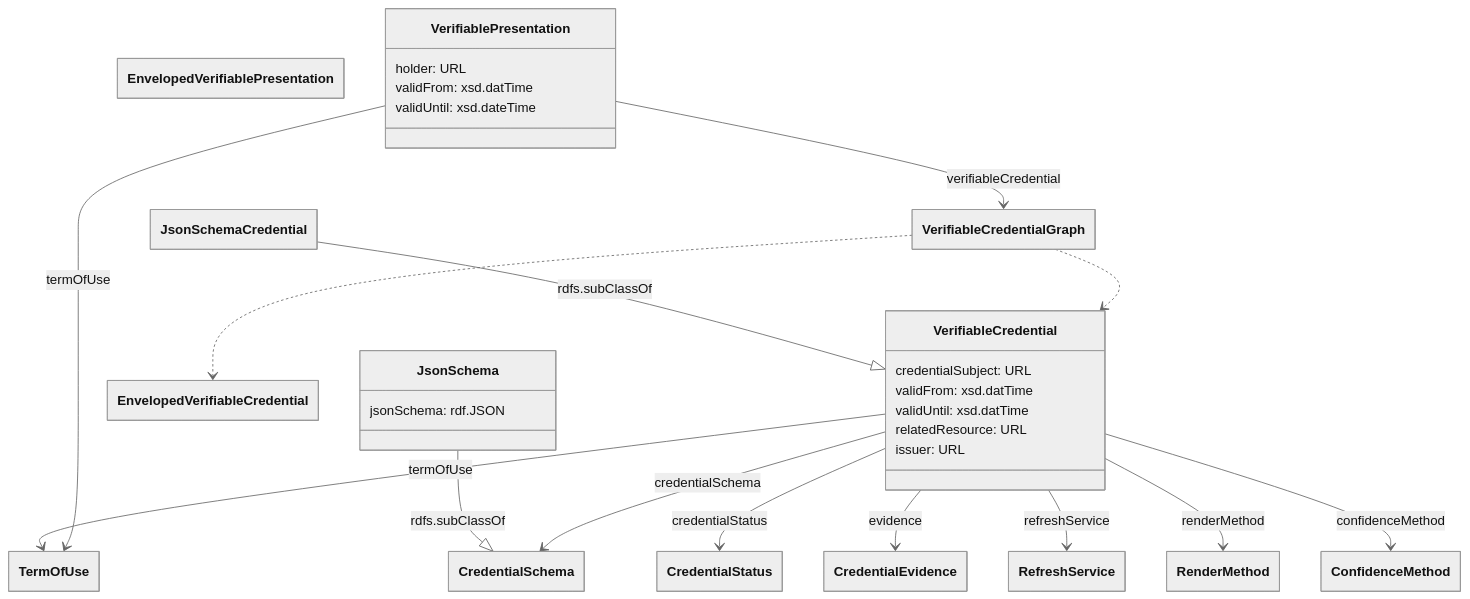
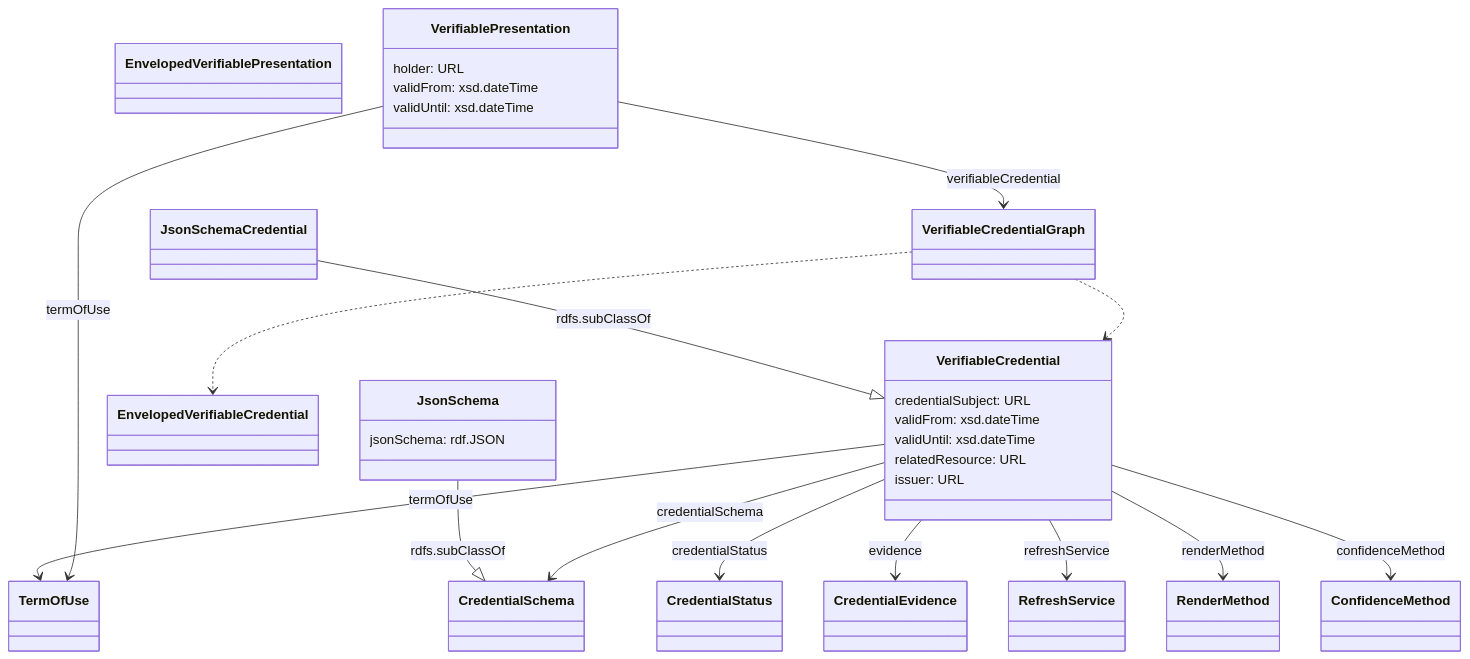
The diagram in vocab/credentials/v2.1/vocabulary.mmd (w3c/vc-data-model), drawn with Mermaid before and after one commit.

Commit message:
Minor errors in the mermaid diagram

```diff
--- a/vocab/credentials/v2.1/vocabulary.mmd
+++ b/vocab/credentials/v2.1/vocabulary.mmd
@@ -1,55 +1,55 @@
 %%{
     init: {
         "theme" : "neutral",
         "class": {
-            "hideEmptyMembersBox": true
+            "hideEmptyMembersBox": true,
         }
     }
 }%%
 classDiagram
     class VerifiableCredential {
         credentialSubject: URL
-        validFrom: xsd.datTime
-        validUntil: xsd.datTime
+        validFrom: xsd.dateTime
+        validUntil: xsd.dateTime
         relatedResource: URL
         issuer: URL
     }
 
     class CredentialSchema {}
     class CredentialStatus {}
     class CredentialEvidence {}
     class RefreshService {}
     class RenderMethod {}
     class ConfidenceMethod {}
     class TermOfUse {}
 
     class JsonSchemaCredential {}
     class VerifiableCredentialGraph {}
 
     class EnvelopedVerifiablePresentation {}
     class EnvelopedVerifiableCredential {}
     class VerifiablePresentation {
         holder: URL
-        validFrom: xsd.datTime
+        validFrom: xsd.dateTime
         validUntil: xsd.dateTime
     }
     class JsonSchema {
         jsonSchema: rdf.JSON
     }
 
     JsonSchemaCredential --|> VerifiableCredential : rdfs.subClassOf
     JsonSchema --|> CredentialSchema : rdfs.subClassOf
 
     VerifiableCredential --> CredentialSchema : credentialSchema
     VerifiableCredential --> CredentialStatus : credentialStatus
     VerifiableCredential --> CredentialEvidence : evidence
     VerifiableCredential --> RefreshService : refreshService
     VerifiableCredential --> RenderMethod : renderMethod
     VerifiableCredential --> ConfidenceMethod : confidenceMethod
     VerifiableCredential --> TermOfUse : termOfUse
 
     VerifiablePresentation --> TermOfUse : termOfUse
     VerifiablePresentation --> VerifiableCredentialGraph : verifiableCredential
 
     VerifiableCredentialGraph ..> VerifiableCredential
     VerifiableCredentialGraph ..> EnvelopedVerifiableCredential
```
